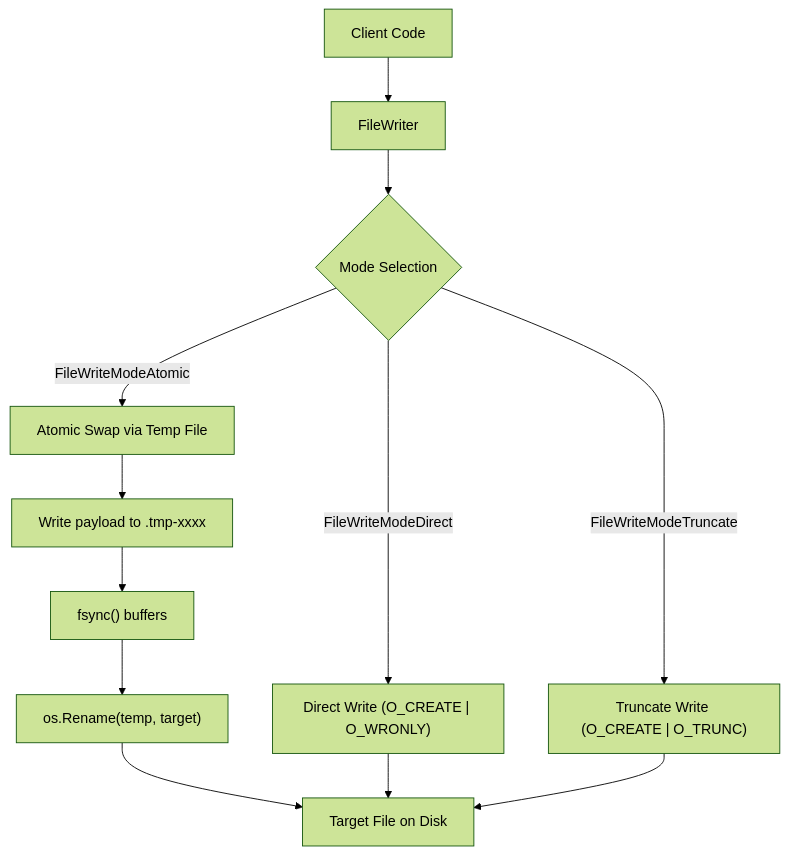
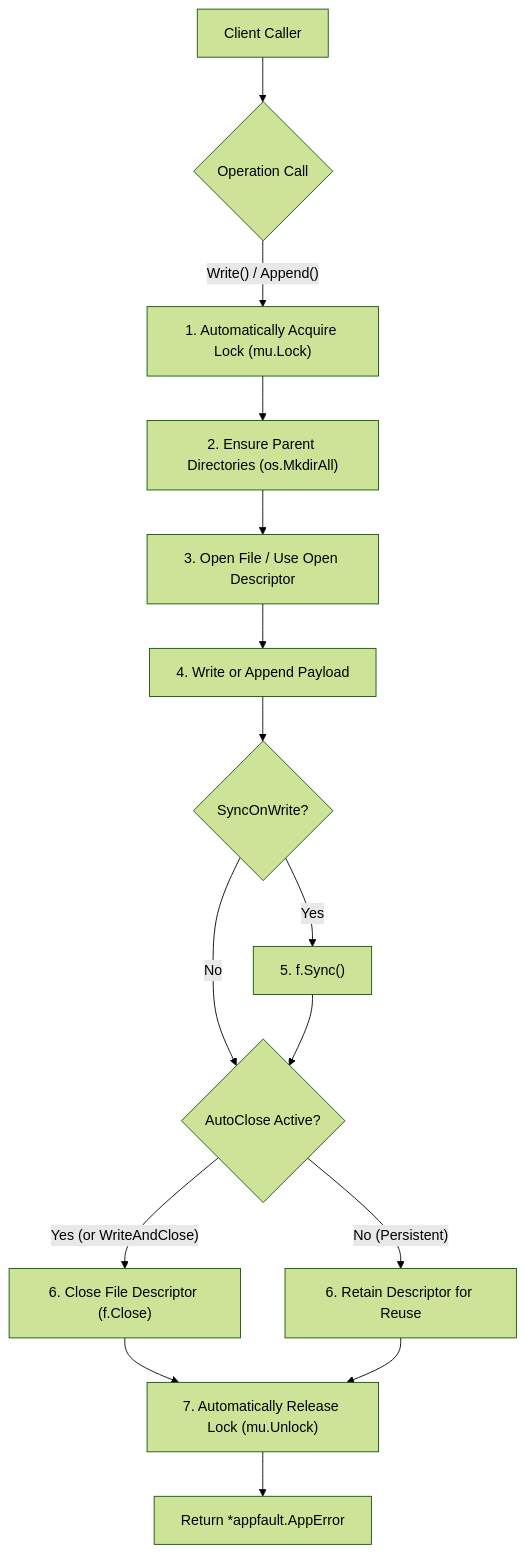
Before and after one commit to alimtvnetwork/coding-guidelines-v24: the diagram in 04-code/golang/pkg/fileutil/readme.md, drawn with Mermaid (forest theme). The commit also changed other lines of this file and 6 other files, not shown here.

Commit message:
feat(fileutil): add file-specific auto-locking BoundFileWriter with tests, examples, and guide

````diff
--- a/04-code/golang/pkg/fileutil/readme.md
+++ b/04-code/golang/pkg/fileutil/readme.md
@@ -27,17 +43,21 @@
 ```mermaid
 flowchart TD
-    Client["Client Code"] --> FW["FileWriter"]
-    FW --> Strategy{"Mode Selection"}
+    Client["Client Caller"] --> Call{"Operation Call"}
     
-    Strategy -->|"FileWriteModeDirect"| Direct["Direct Write (O_CREATE | O_WRONLY)"]
-    Strategy -->|"FileWriteModeAtomic"| Atomic["Atomic Swap via Temp File"]
-    Strategy -->|"FileWriteModeTruncate"| Trunc["Truncate Write (O_CREATE | O_TRUNC)"]
+    Call -->|"Write() / Append()"| AutoLock["1. Automatically Acquire Lock (mu.Lock)"]
+    AutoLock --> EnsureDir["2. Ensure Parent Directories (os.MkdirAll)"]
+    EnsureDir --> FileOp["3. Open File / Use Open Descriptor"]
+    FileOp --> WriteData["4. Write or Append Payload"]
+    WriteData --> Fsync{"SyncOnWrite?"}
+    Fsync -->|"Yes"| DoSync["5. f.Sync()"]
+    Fsync -->|"No"| CheckClose
+    DoSync --> CheckClose{"AutoClose Active?"}
     
-    Atomic --> Temp["Write payload to .tmp-xxxx"]
-    Temp --> Fsync["fsync() buffers"]
-    Fsync --> Rename["os.Rename(temp, target)"]
-    Rename --> TargetFile["Target File on Disk"]
+    CheckClose -->|"Yes (or WriteAndClose)"| CloseHandle["6. Close File Descriptor (f.Close)"]
+    CheckClose -->|"No (Persistent)"| KeepHandle["6. Retain Descriptor for Reuse"]
     
-    Direct --> TargetFile
-    Trunc --> TargetFile
+    CloseHandle --> ReleaseLock["7. Automatically Release Lock (mu.Unlock)"]
+    KeepHandle --> ReleaseLock
+    
+    ReleaseLock --> Done["Return *appfault.AppError"]
 ```
````
